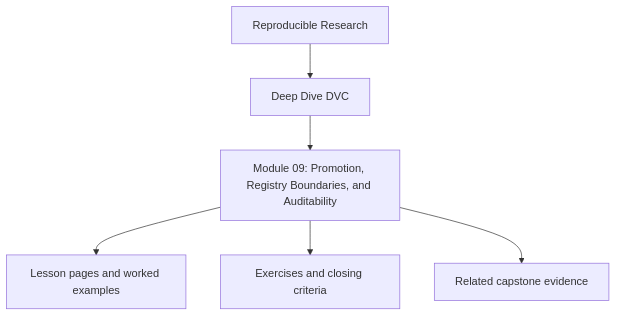
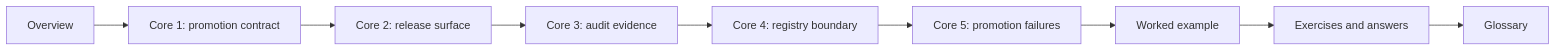
Before and after one commit to bijux/bijux-masterclass: the diagram in programs/reproducible-research/deep-dive-dvc/course-book/module-09-promotion-registry-boundaries-auditability/index.md, drawn with Mermaid. The commit also changed other lines of this file, not shown here.

Commit message:
docs(dvc): reshape promotion audit overview

````diff
--- a/programs/reproducible-research/deep-dive-dvc/course-book/module-09-promotion-registry-boundaries-auditability/index.md
+++ b/programs/reproducible-research/deep-dive-dvc/course-book/module-09-promotion-registry-boundaries-auditability/index.md
@@ -9,8 +50,11 @@
 ```mermaid
-flowchart TD
-  family["Reproducible Research"] --> program["Deep Dive DVC"]
-  program --> module["Module 09: Promotion, Registry Boundaries, and Auditability"]
-  module --> lessons["Lesson pages and worked examples"]
-  module --> checkpoints["Exercises and closing criteria"]
-  module --> capstone["Related capstone evidence"]
+flowchart LR
+  overview["Overview"] --> core1["Core 1: promotion contract"]
+  core1 --> core2["Core 2: release surface"]
+  core2 --> core3["Core 3: audit evidence"]
+  core3 --> core4["Core 4: registry boundary"]
+  core4 --> core5["Core 5: promotion failures"]
+  core5 --> example["Worked example"]
+  example --> practice["Exercises and answers"]
+  practice --> glossary["Glossary"]
 ```
````
